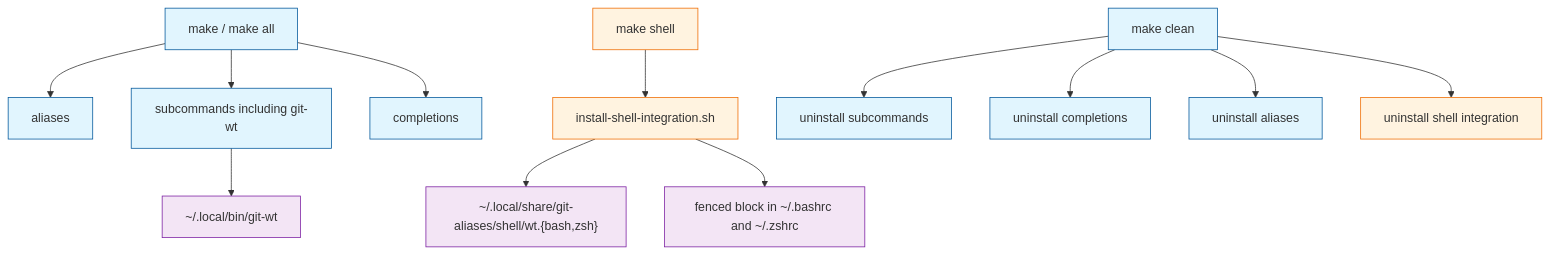
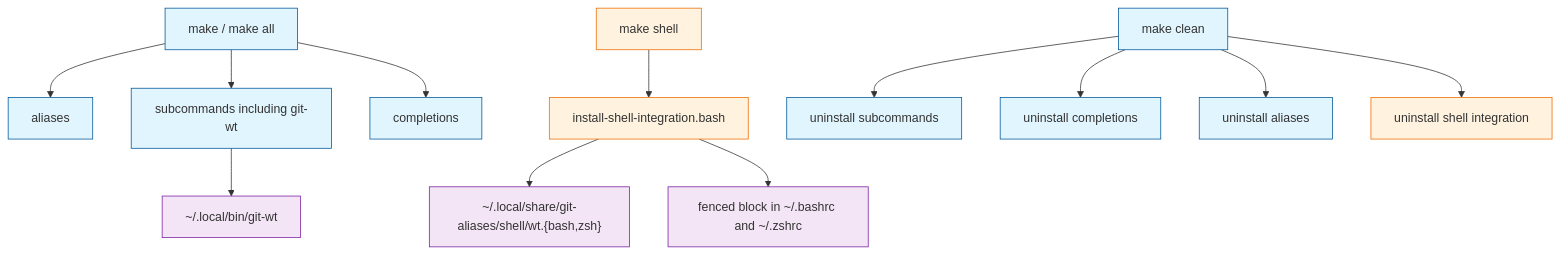
Before and after one commit to Texarkanine/git-aliases: the first of 2 diagrams in memory-bank/active/tasks.md, drawn with Mermaid. The commit also changed other lines of this file and 9 other files, not shown here.

````diff
--- a/memory-bank/active/tasks.md
+++ b/memory-bank/active/tasks.md
@@ -15,18 +15,18 @@
 ```mermaid
 graph TD
     classDef default fill:#e1f5fe,stroke:#01579b;
     classDef opt fill:#fff3e0,stroke:#ef6c00;
     classDef out fill:#f3e5f5,stroke:#7b1fa2;
 
     All["make / make all"]:::default --> Aliases["aliases"]:::default
     All --> Sub["subcommands including git-wt"]:::default
     All --> Comp["completions"]:::default
     Sub --> Bin["~/.local/bin/git-wt"]:::out
-    Shell["make shell"]:::opt --> Integ["install-shell-integration.sh"]:::opt
+    Shell["make shell"]:::opt --> Integ["install-shell-integration.bash"]:::opt
     Integ --> Snip["~/.local/share/git-aliases/shell/wt.{bash,zsh}"]:::out
     Integ --> RC["fenced block in ~/.bashrc and ~/.zshrc"]:::out
     Clean["make clean"]:::default --> UnSub["uninstall subcommands"]:::default
     Clean --> UnComp["uninstall completions"]:::default
     Clean --> UnAlias["uninstall aliases"]:::default
     Clean --> UnShell["uninstall shell integration"]:::opt
 ```
````
